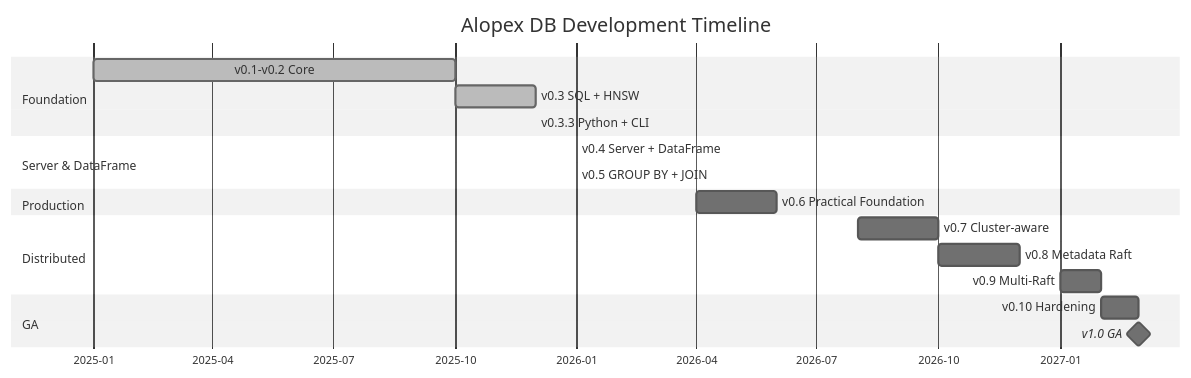
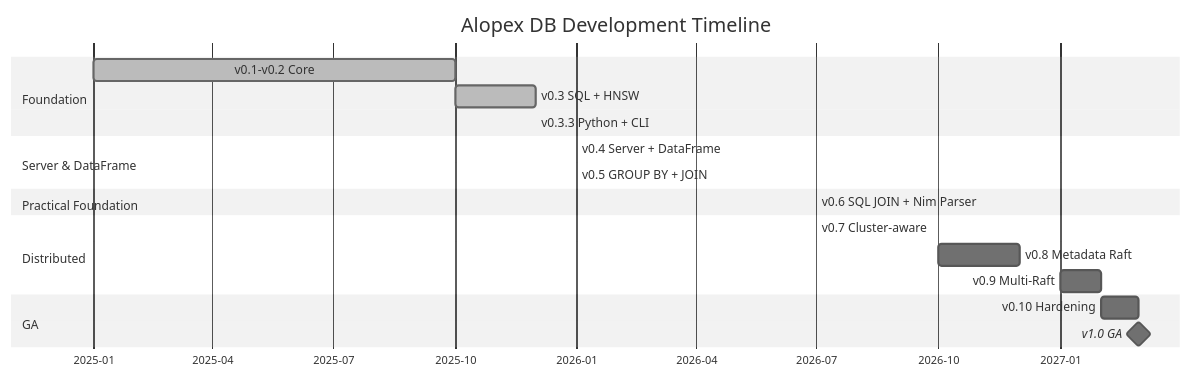
One commit to alopex-db/alopex-db.github.io changed the diagram in docs/roadmap.md. Above: the diagram before and after it, drawn with Mermaid (neutral theme). The commit also changed other lines of this file and 8 other files, not shown here.

````diff
--- a/docs/roadmap.md
+++ b/docs/roadmap.md
@@ -30,27 +32,27 @@
 ```mermaid
 gantt
     title Alopex DB Development Timeline
     dateFormat  YYYY-MM
     axisFormat  %Y-%m
 
     section Foundation
     v0.1-v0.2 Core          :done, 2025-01, 2025-10
     v0.3 SQL + HNSW         :done, 2025-10, 2025-12
     v0.3.3 Python + CLI     :done, 2025-12, 2025-12
 
     section Server & DataFrame
     v0.4 Server + DataFrame :done, 2026-01, 2026-01
     v0.5 GROUP BY + JOIN    :done, 2026-01, 2026-01
 
-    section Production
-    v0.6 Practical Foundation :2026-04, 2026-06
+    section Practical Foundation
+    v0.6 SQL JOIN + Nim Parser :done, 2026-07, 2026-07
 
     section Distributed
-    v0.7 Cluster-aware      :2026-08, 2026-10
+    v0.7 Cluster-aware      :done, 2026-07, 2026-07
     v0.8 Metadata Raft      :2026-10, 2026-12
     v0.9 Multi-Raft         :2027-01, 2027-02
 
     section GA
     v0.10 Hardening         :2027-02, 2027-03
     v1.0 GA                 :milestone, 2027-03, 0d
 ```
````
